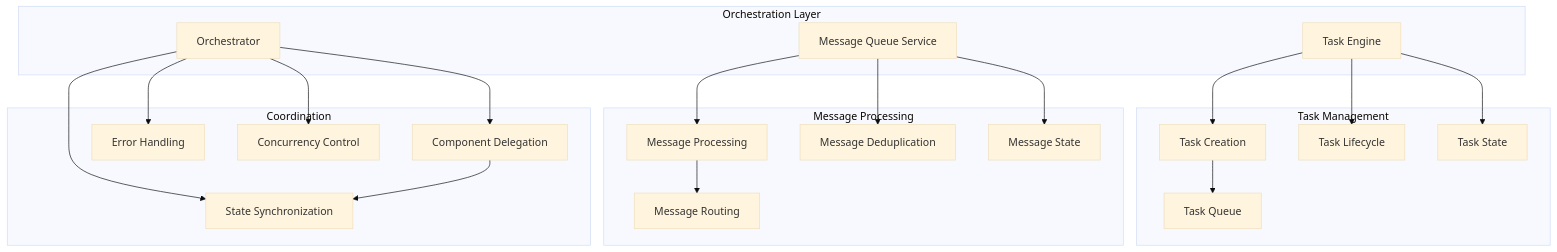
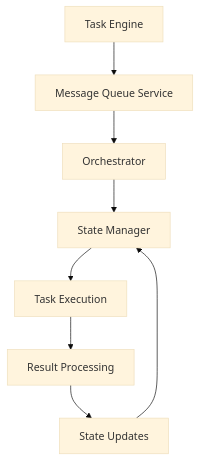
One commit to mschulkind/kilocode changed the diagram in docs/architecture/ORCHESTRATION_LAYER_SYSTEM.md. Above: the diagram before and after it, drawn with Mermaid (base theme). The commit also changed other lines of this file and 41 other files, not shown here.

````diff
--- a/docs/architecture/ORCHESTRATION_LAYER_SYSTEM.md
+++ b/docs/architecture/ORCHESTRATION_LAYER_SYSTEM.md
@@ -58,46 +46,10 @@
 ```mermaid
 graph TB
-    subgraph "Orchestration Layer"
-        TE[Task Engine]
-        MQS[Message Queue Service]
-        ORCH[Orchestrator]
-    end
-
-    subgraph "Task Management"
-        TC[Task Creation]
-        TL[Task Lifecycle]
-        TS[Task State]
-        TQ[Task Queue]
-    end
-
-    subgraph "Message Processing"
-        MP[Message Processing]
-        MD[Message Deduplication]
-        MS[Message State]
-        MR[Message Routing]
-    end
-
-    subgraph "Coordination"
-        CD[Component Delegation]
-        CS[State Synchronization]
-        CE[Error Handling]
-        CC[Concurrency Control]
-    end
-
-    TE --> TC
-    TE --> TL
-    TE --> TS
-
-    MQS --> MP
-    MQS --> MD
-    MQS --> MS
-
-    ORCH --> CD
-    ORCH --> CS
-    ORCH --> CE
-    ORCH --> CC
-
-    TC --> TQ
-    MP --> MR
-    CD --> CS
+    A[Task Engine] --> B[Message Queue Service]
+    B --> C[Orchestrator]
+    C --> D[State Manager]
+    D --> E[Task Execution]
+    E --> F[Result Processing]
+    F --> G[State Updates]
+    G --> D
 ```
````
